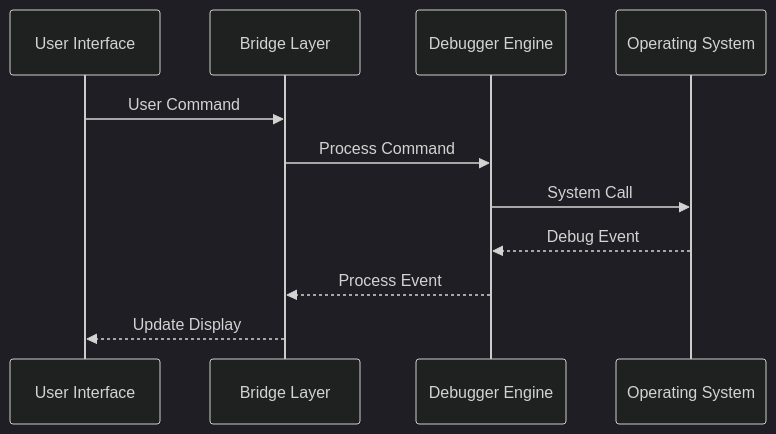
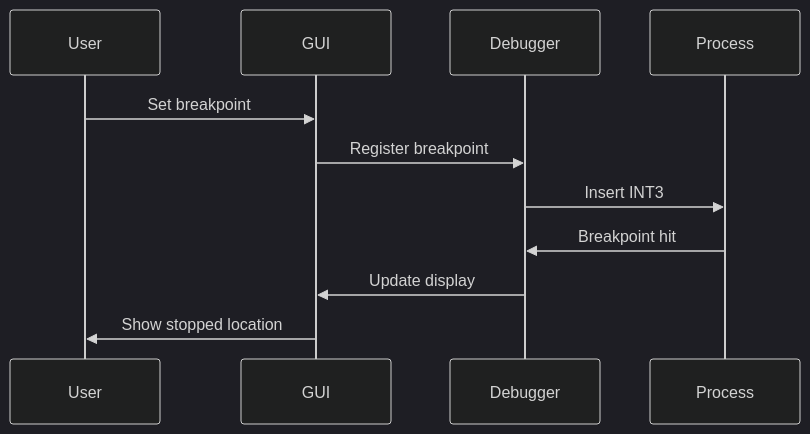
One commit to FSoft-AI4Code/codewiki-demo changed the second of 2 diagrams in docs/x64dbg--x64dbg-docs/overview.md. Above: the diagram before and after it, drawn with Mermaid (dark theme). The commit also changed other lines of this file and 1103 other files, not shown here.

````diff
--- a/docs/x64dbg--x64dbg-docs/overview.md
+++ b/docs/x64dbg--x64dbg-docs/overview.md
@@ -112,14 +97,14 @@
 ```mermaid
 sequenceDiagram
-    participant UI as User Interface
-    participant Bridge as Bridge Layer
-    participant Engine as Debugger Engine
-    participant OS as Operating System
+    participant User
+    participant GUI
+    participant Debugger
+    participant Process
     
-    UI->>Bridge: User Command
-    Bridge->>Engine: Process Command
-    Engine->>OS: System Call
-    OS-->>Engine: Debug Event
-    Engine-->>Bridge: Process Event
-    Bridge-->>UI: Update Display
+    User->>GUI: Set breakpoint
+    GUI->>Debugger: Register breakpoint
+    Debugger->>Process: Insert INT3
+    Process->>Debugger: Breakpoint hit
+    Debugger->>GUI: Update display
+    GUI->>User: Show stopped location
 ```
````
